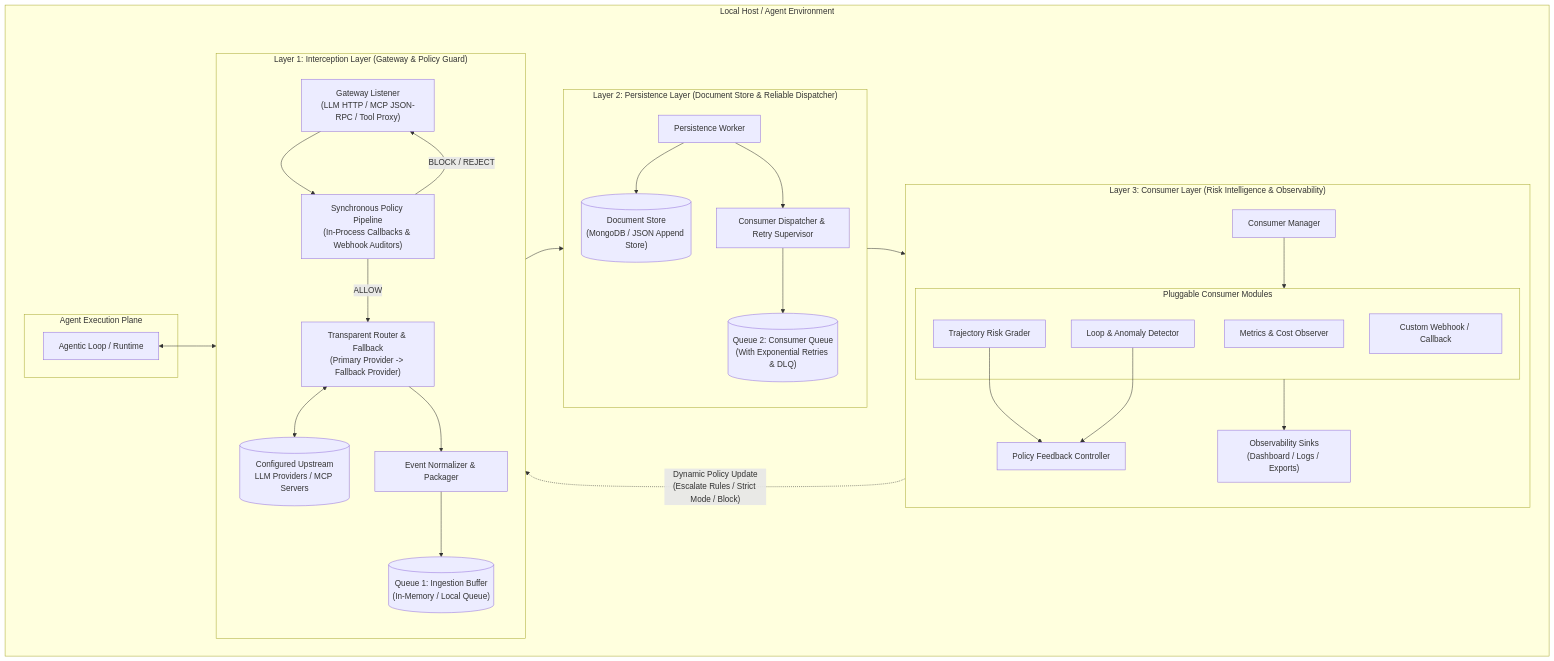
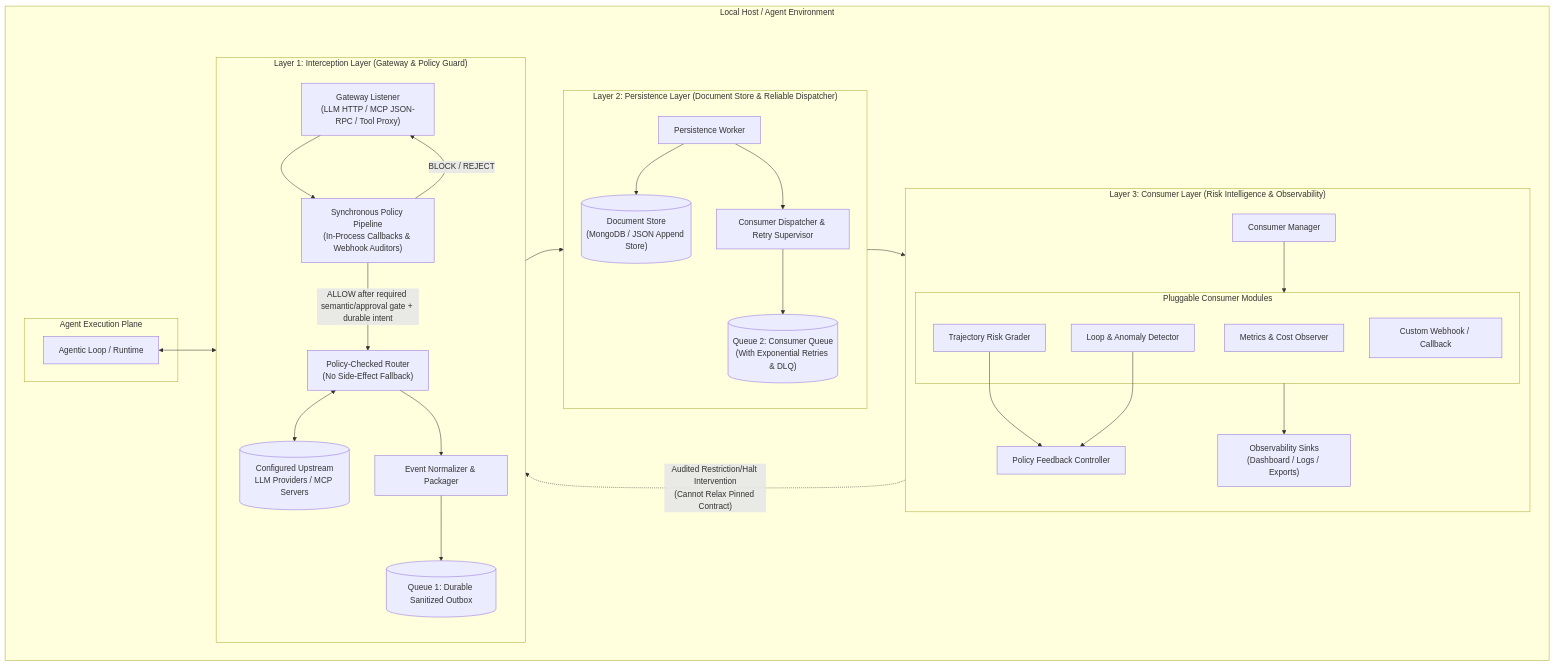
Before and after one commit to HardCounter/Hack-Yeah-2026: the first of 4 diagrams in docs/application-documentation.md, drawn with Mermaid. The commit also changed other lines of this file and 6 other files, not shown here.

Commit message:
docs: align KYC architecture with trusted runtime boundaries

````diff
--- a/docs/application-documentation.md
+++ b/docs/application-documentation.md
@@ -16,60 +22,60 @@
 ```mermaid
 flowchart TB
     subgraph LOCAL_HOST["Local Host / Agent Environment"]
         subgraph AGENT_ENV["Agent Execution Plane"]
             AGENT["Agentic Loop / Runtime"]
         end
 
         subgraph LAYER1["Layer 1: Interception Layer (Gateway & Policy Guard)"]
             direction TB
             ENTRY["Gateway Listener<br/>(LLM HTTP / MCP JSON-RPC / Tool Proxy)"]
             AUDIT_PIPE["Synchronous Policy Pipeline<br/>(In-Process Callbacks & Webhook Auditors)"]
-            ROUTER["Transparent Router & Fallback<br/>(Primary Provider -> Fallback Provider)"]
+            ROUTER["Policy-Checked Router<br/>(No Side-Effect Fallback)"]
             UPSTREAM[("Configured Upstream<br/>LLM Providers / MCP Servers")]
             PACKER["Event Normalizer & Packager"]
-            Q1[("Queue 1: Ingestion Buffer<br/>(In-Memory / Local Queue)")]
+            Q1[("Queue 1: Durable Sanitized Outbox")]
 
             ENTRY --> AUDIT_PIPE
             AUDIT_PIPE -- "BLOCK / REJECT" --> ENTRY
-            AUDIT_PIPE -- "ALLOW" --> ROUTER
+            AUDIT_PIPE -- "ALLOW after required semantic/approval gate + durable intent" --> ROUTER
             ROUTER <--> UPSTREAM
             ROUTER --> PACKER
             PACKER --> Q1
         end
 
         subgraph LAYER2["Layer 2: Persistence Layer (Document Store & Reliable Dispatcher)"]
             direction TB
             PERSIST_WORKER["Persistence Worker"]
             DOC_STORE[("Document Store<br/>(MongoDB / JSON Append Store)")]
             Q2_DISPATCHER["Consumer Dispatcher & Retry Supervisor"]
             Q2[("Queue 2: Consumer Queue<br/>(With Exponential Retries & DLQ)")]
 
             Q1 --> PERSIST_WORKER
             PERSIST_WORKER --> DOC_STORE
             PERSIST_WORKER --> Q2_DISPATCHER
             Q2_DISPATCHER --> Q2
         end
 
         subgraph LAYER3["Layer 3: Consumer Layer (Risk Intelligence & Observability)"]
             direction TB
             CONSUMER_RUNTIME["Consumer Manager"]
             subgraph PLUGINS["Pluggable Consumer Modules"]
                 P_METRICS["Metrics & Cost Observer"]
                 P_LOOP["Loop & Anomaly Detector"]
                 P_RISK["Trajectory Risk Grader"]
                 P_CUSTOM["Custom Webhook / Callback"]
             end
             SINKS["Observability Sinks<br/>(Dashboard / Logs / Exports)"]
             FEEDBACK_GEN["Policy Feedback Controller"]
 
             Q2 --> CONSUMER_RUNTIME
             CONSUMER_RUNTIME --> PLUGINS
             PLUGINS --> SINKS
             P_RISK & P_LOOP --> FEEDBACK_GEN
         end
 
-        FEEDBACK_GEN -. "Dynamic Policy Update<br/>(Escalate Rules / Strict Mode / Block)" .-> AUDIT_PIPE
+        FEEDBACK_GEN -. "Audited Restriction/Halt Intervention<br/>(Cannot Relax Pinned Contract)" .-> AUDIT_PIPE
     end
 
     AGENT <--> ENTRY
 ```
````
